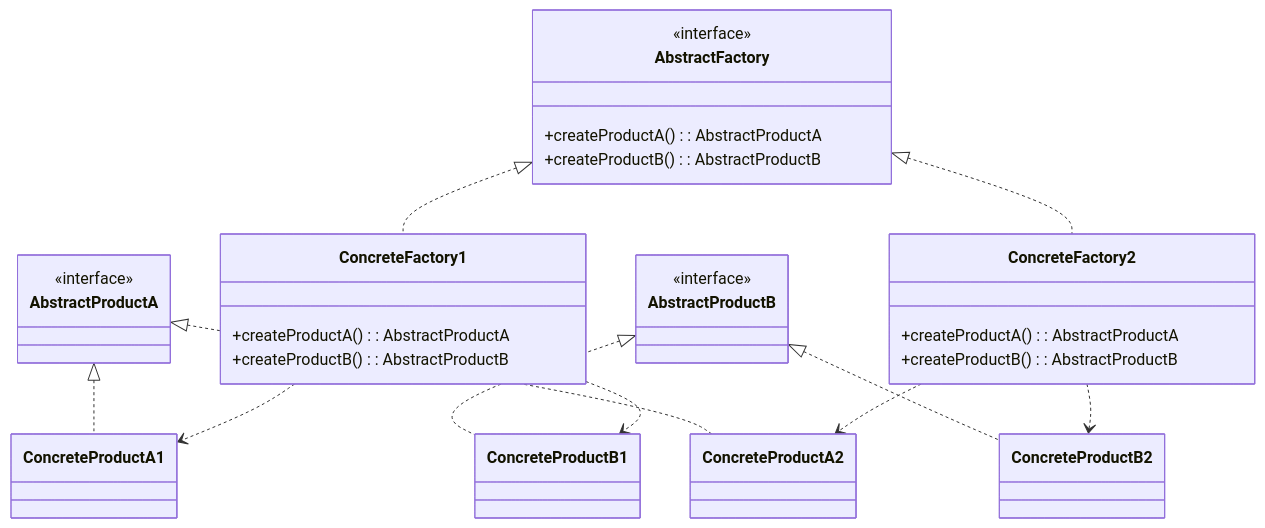
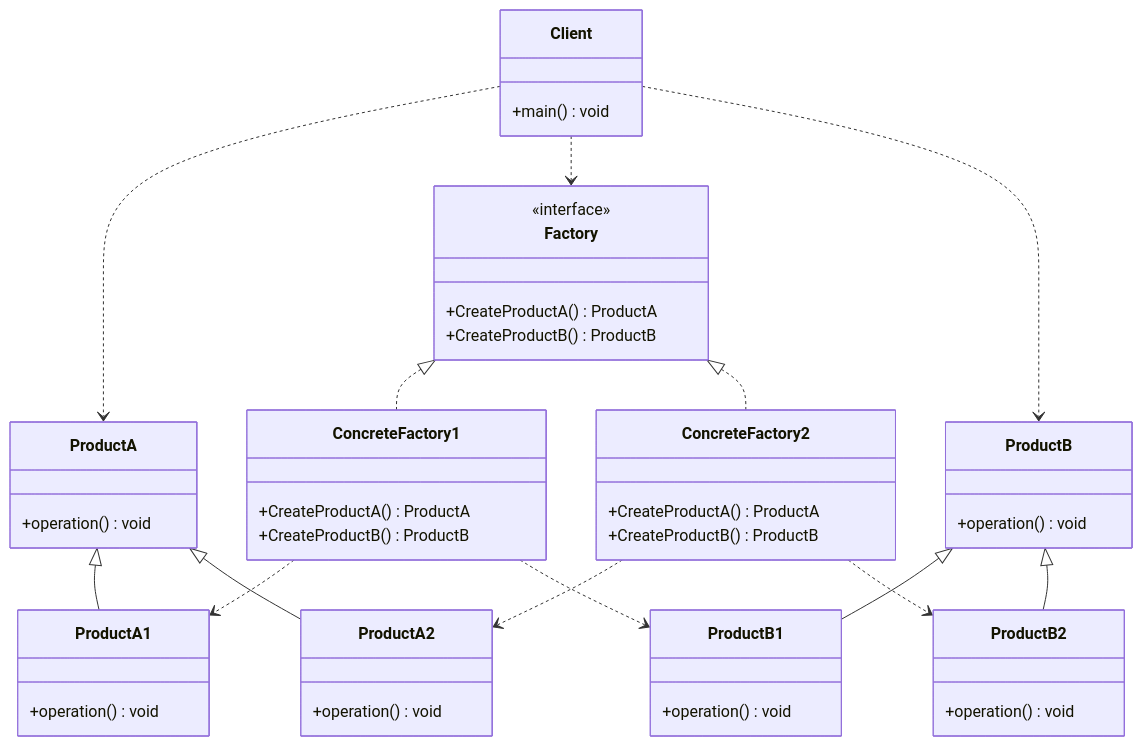
Before and after one commit to InfiniteAstral/notes: the fourth of 11 diagrams in 计算机科学/面向对象设计与Java编程/9 设计模式/9-1 设计模式概述.md, drawn with Mermaid. The commit also changed other lines of this file, not shown here.

Commit message:
feat: update mermaid class diagram 计算机科学/面向对象设计与Java编程/9 设计模式/9-1 设计模式概述.md

````diff
--- a/计算机科学/面向对象设计与Java编程/9 设计模式/9-1 设计模式概述.md
+++ b/计算机科学/面向对象设计与Java编程/9 设计模式/9-1 设计模式概述.md
@@ -130,41 +150,57 @@
 ```mermaid
 classDiagram
-    class AbstractProductA {
-        <<interface>>
-    }
-    class ConcreteProductA1 {
-    }
-    class ConcreteProductA2 {
-    }
-    class AbstractProductB {
-        <<interface>>
-    }
-    class ConcreteProductB1 {
-    }
-    class ConcreteProductB2 {
-    }
-    class AbstractFactory {
-        <<interface>>
-        +createProductA(): AbstractProductA
-        +createProductB(): AbstractProductB
-    }
-    class ConcreteFactory1 {
-        +createProductA(): AbstractProductA
-        +createProductB(): AbstractProductB
-    }
-    class ConcreteFactory2 {
-        +createProductA(): AbstractProductA
-        +createProductB(): AbstractProductB
-    }
+  direction TB
+  class Client {
+    +main() void
+  }
+  class Factory {
+    <<interface>>
+    +CreateProductA() ProductA
+    +CreateProductB() ProductB
+  }
+  class ConcreteFactory1 {
+    +CreateProductA() ProductA
+    +CreateProductB() ProductB
+  }
+  class ConcreteFactory2 {
+    +CreateProductA() ProductA
+    +CreateProductB() ProductB
+  }
+  class ProductA {
+    +operation() void
+  }
+  class ProductB {
+    +operation() void
+  }
+  class ProductA1 {
+    +operation() void
+  }
+  class ProductA2 {
+    +operation() void
+  }
+  class ProductB1 {
+    +operation() void
+  }
+  class ProductB2 {
+    +operation() void
+  }
 
-    AbstractProductA <|.. ConcreteProductA1
-    AbstractProductA <|.. ConcreteProductA2
-    AbstractProductB <|.. ConcreteProductB1
-    AbstractProductB <|.. ConcreteProductB2
-    AbstractFactory <|.. ConcreteFactory1
-    AbstractFactory <|.. ConcreteFactory2
-    ConcreteFactory1 ..> ConcreteProductA1
-    ConcreteFactory1 ..> ConcreteProductB1
-    ConcreteFactory2 ..> ConcreteProductA2
-    ConcreteFactory2 ..> ConcreteProductB2
+  Client ..> ProductA
+  Client ..> Factory
+  Client ..> ProductB
+
+  ProductA <|-- ProductA1
+  ProductA <|-- ProductA2
+
+  Factory <|.. ConcreteFactory1
+  Factory <|.. ConcreteFactory2
+
+  ProductB <|-- ProductB1
+  ProductB <|-- ProductB2
+
+  ConcreteFactory1 ..> ProductA1
+  ConcreteFactory1 ..> ProductB1
+
+  ConcreteFactory2 ..> ProductA2
+  ConcreteFactory2 ..> ProductB2
 ```
````
